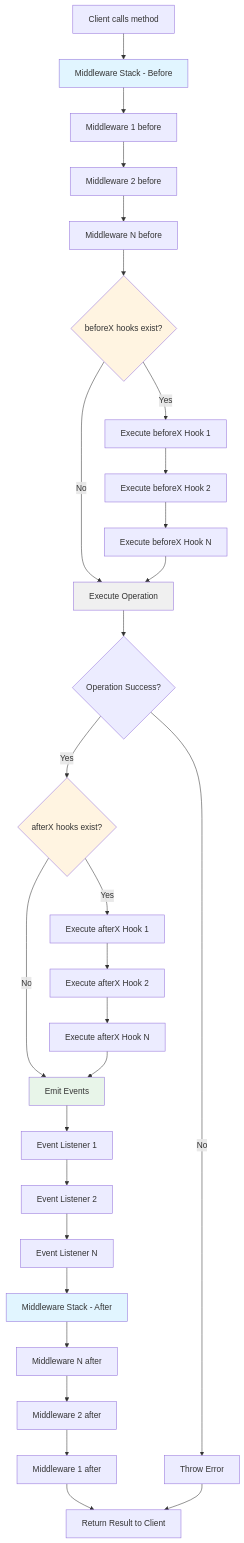
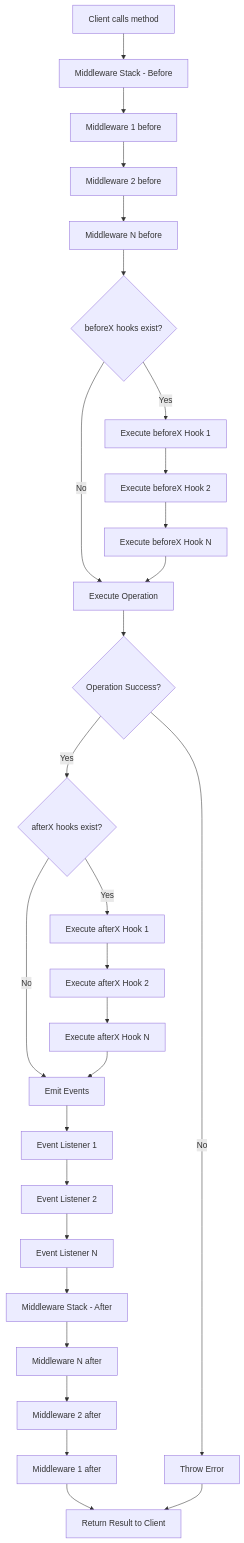
The fifth of 7 diagrams in docs/resources.md (forattini-dev/s3db.js), drawn with Mermaid before and after one commit. The commit also changed 5 other files, not shown here.

First line of the commit message:
docs: remove all styles and emojis from Mermaid diagrams for dark mode compatibility

````diff
--- a/docs/resources.md
+++ b/docs/resources.md
@@ -1845,43 +1845,37 @@
 ```mermaid
 graph TD
     A[Client calls method] --> B[Middleware Stack - Before]
     B --> B1[Middleware 1 before]
     B1 --> B2[Middleware 2 before]
     B2 --> B3[Middleware N before]
 
     B3 --> C{beforeX hooks exist?}
     C -->|Yes| D[Execute beforeX Hook 1]
     D --> E[Execute beforeX Hook 2]
     E --> F[Execute beforeX Hook N]
     C -->|No| G[Execute Operation]
     F --> G
 
     G --> H{Operation Success?}
     H -->|No| I[Throw Error]
     H -->|Yes| J{afterX hooks exist?}
 
     J -->|Yes| K[Execute afterX Hook 1]
     K --> L[Execute afterX Hook 2]
     L --> M[Execute afterX Hook N]
     J -->|No| N[Emit Events]
     M --> N
 
     N --> N1[Event Listener 1]
     N1 --> N2[Event Listener 2]
     N2 --> N3[Event Listener N]
 
     N3 --> O[Middleware Stack - After]
     O --> O1[Middleware N after]
     O1 --> O2[Middleware 2 after]
     O2 --> O3[Middleware 1 after]
 
     O3 --> P[Return Result to Client]
     I --> P
 
-    style B fill:#e1f5ff
-    style C fill:#fff4e1
-    style G fill:#f0f0f0
-    style J fill:#fff4e1
-    style N fill:#e8f5e9
-    style O fill:#e1f5ff
 ```
````
